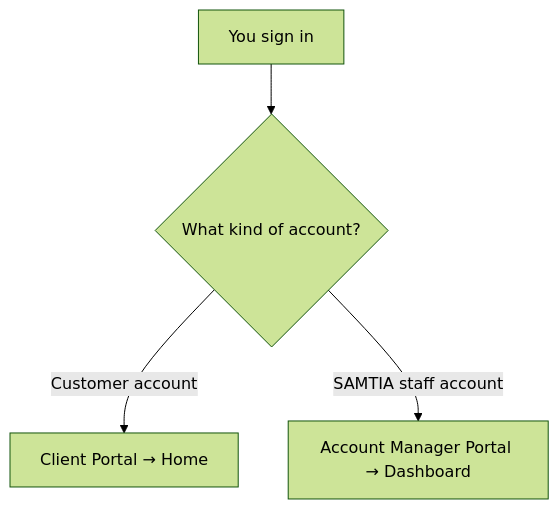
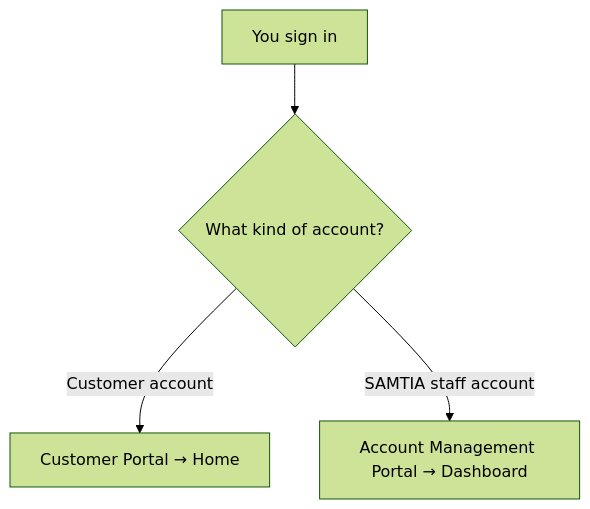
The second of 2 diagrams in docs/b2b_ecommerce_docs/_user_guide/001-Getting-Started.md (LaplaceSoftware/lp_projects_docs), drawn with Mermaid (forest theme) before and after one commit. The commit also changed other lines of this file and 48 other files, not shown here.

````diff
--- a/docs/b2b_ecommerce_docs/_user_guide/001-Getting-Started.md
+++ b/docs/b2b_ecommerce_docs/_user_guide/001-Getting-Started.md
@@ -84,6 +84,6 @@
 ```mermaid
 flowchart TB
     L["You sign in"] --> Q{"What kind of account?"}
-    Q -->|"Customer account"| CP["Client Portal → Home"]
-    Q -->|"SAMTIA staff account"| AMP["Account Manager Portal → Dashboard"]
+    Q -->|"Customer account"| CP["Customer Portal → Home"]
+    Q -->|"SAMTIA staff account"| AMP["Account Management Portal → Dashboard"]
 ```
````
